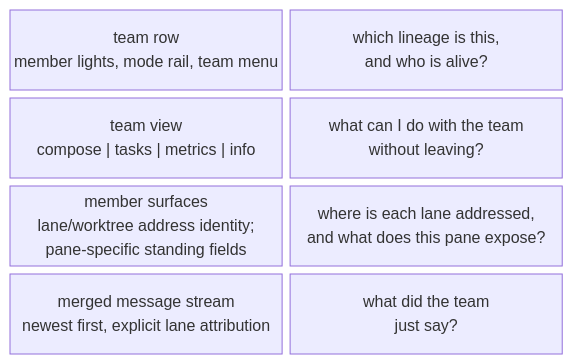
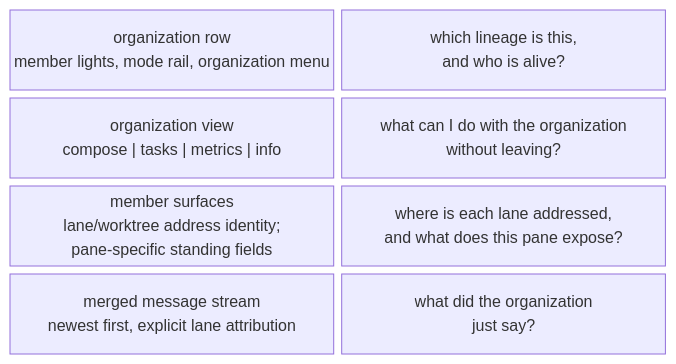
One commit to infimalabs/spice-rust changed diagram 16 of 25 in docs/product/value.md. Above: the diagram before and after it, drawn with Mermaid. The commit also changed other lines of this file and 99 other files, not shown here.

````diff
--- a/docs/product/value.md
+++ b/docs/product/value.md
@@ -378,8 +378,8 @@
 ```mermaid
 block-beta
   columns 2
-  T["team row<br/>member lights, mode rail, team menu"] q1["which lineage is this,<br/>and who is alive?"]
-  V["team view<br/>compose | tasks | metrics | info"] q2["what can I do with the team<br/>without leaving?"]
+  T["organization row<br/>member lights, mode rail, organization menu"] q1["which lineage is this,<br/>and who is alive?"]
+  V["organization view<br/>compose | tasks | metrics | info"] q2["what can I do with the organization<br/>without leaving?"]
   S["member surfaces<br/>lane/worktree address identity;<br/>pane-specific standing fields"] q3["where is each lane addressed,<br/>and what does this pane expose?"]
-  M["merged message stream<br/>newest first, explicit lane attribution"] q4["what did the team<br/>just say?"]
+  M["merged message stream<br/>newest first, explicit lane attribution"] q4["what did the organization<br/>just say?"]
 ```
````
